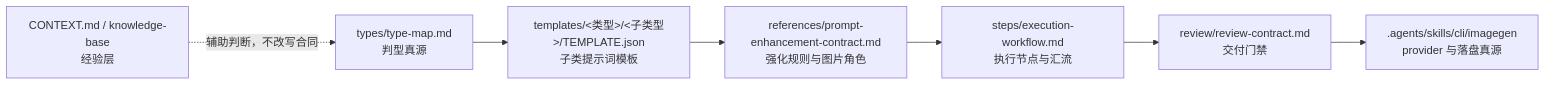
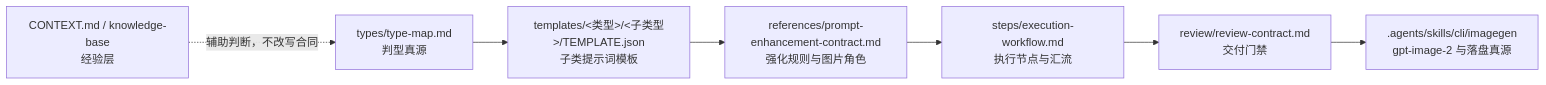
Before and after one commit to ZEN-VOID/AI-CUT: the second of 3 diagrams in .agents/skills/photoGPT/SKILL.md, drawn with Mermaid. The commit also changed other lines of this file and 59 other files, not shown here.

````diff
--- a/.agents/skills/photoGPT/SKILL.md
+++ b/.agents/skills/photoGPT/SKILL.md
@@ -104,9 +112,9 @@
 ```mermaid
 flowchart LR
     A["types/type-map.md<br/>判型真源"] --> B["templates/<类型>/<子类型>/TEMPLATE.json<br/>子类提示词模板"]
     B --> C["references/prompt-enhancement-contract.md<br/>强化规则与图片角色"]
     C --> D["steps/execution-workflow.md<br/>执行节点与汇流"]
     D --> E["review/review-contract.md<br/>交付门禁"]
-    E --> F[".agents/skills/cli/imagegen<br/>provider 与落盘真源"]
+    E --> F[".agents/skills/cli/imagegen<br/>gpt-image-2 与落盘真源"]
     G["CONTEXT.md / knowledge-base<br/>经验层"] -. "辅助判断，不改写合同" .-> A
 ```
````
